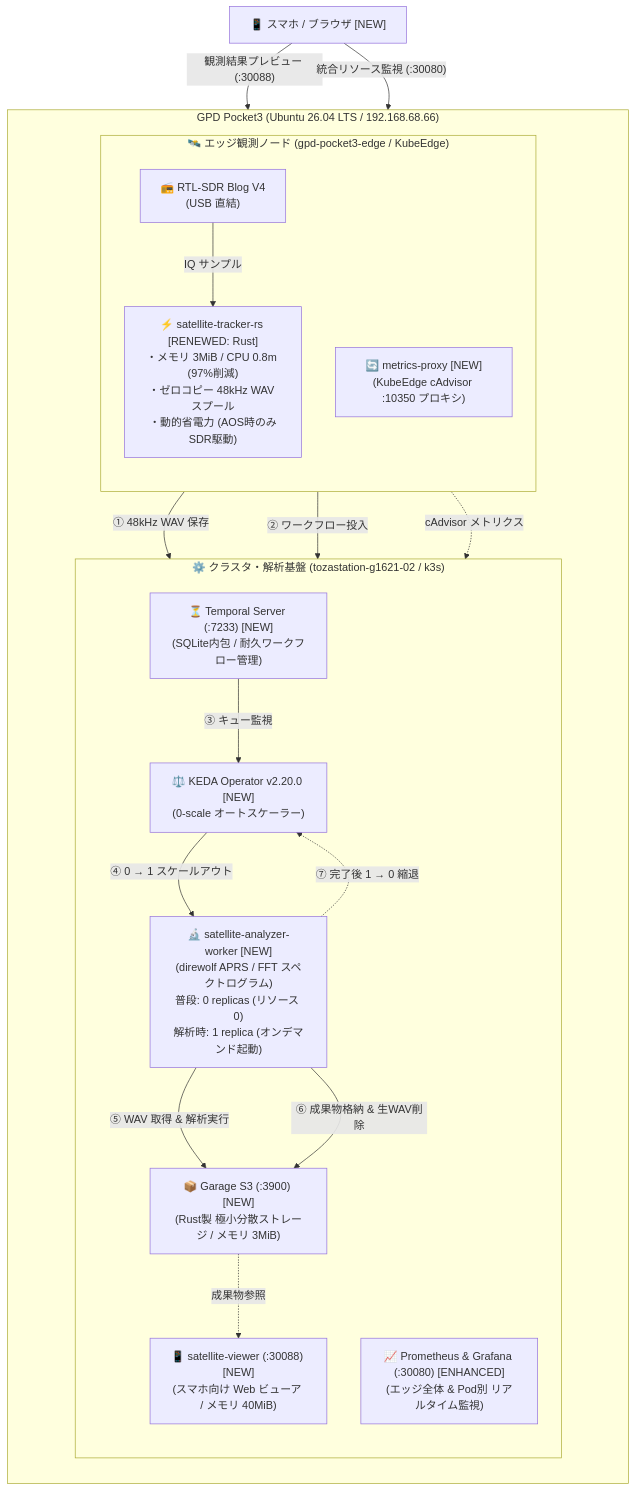
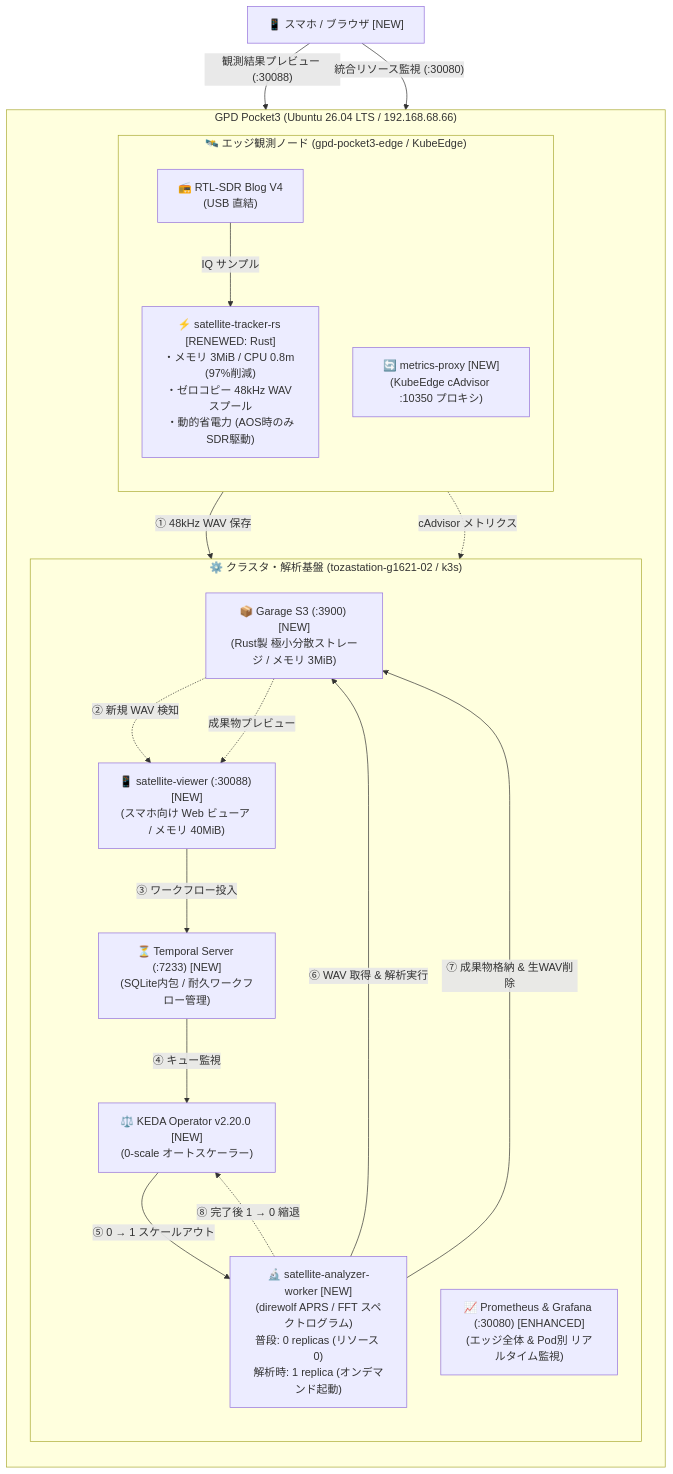
Before and after one commit to tozastation/radio-astronomy: the second of 2 diagrams in docs/articles/qiita_kubeedge_pipeline.md, drawn with Mermaid. The commit also changed other lines of this file, not shown here.

Commit message:
docs: Qiita第三弾記事の構成図とS3境界の疎結合設計意図を更新

````diff
--- a/docs/articles/qiita_kubeedge_pipeline.md
+++ b/docs/articles/qiita_kubeedge_pipeline.md
@@ -94,41 +94,42 @@
 ```mermaid
 flowchart TB
     subgraph Host["GPD Pocket3 (Ubuntu 26.04 LTS / 192.168.68.66)"]
         direction TB
 
         subgraph EdgeSide["🛰️ エッジ観測ノード (gpd-pocket3-edge / KubeEdge)"]
             direction TB
             RTLSDR["📻 RTL-SDR Blog V4<br/>(USB 直結)"]
             TrackerNew["⚡ satellite-tracker-rs [RENEWED: Rust]<br/>・メモリ 3MiB / CPU 0.8m (97%削減)<br/>・ゼロコピー 48kHz WAV スプール<br/>・動的省電力 (AOS時のみSDR駆動)"]
             Proxy["🔄 metrics-proxy [NEW]<br/>(KubeEdge cAdvisor :10350 プロキシ)"]
 
             RTLSDR -->|"IQ サンプル"| TrackerNew
         end
 
         subgraph CloudSide["⚙️ クラスタ・解析基盤 (tozastation-g1621-02 / k3s)"]
             direction TB
             Garage["📦 Garage S3 (:3900) [NEW]<br/>(Rust製 極小分散ストレージ / メモリ 3MiB)"]
             Temporal["⏳ Temporal Server (:7233) [NEW]<br/>(SQLite内包 / 耐久ワークフロー管理)"]
             KEDA["⚖️ KEDA Operator v2.20.0 [NEW]<br/>(0-scale オートスケーラー)"]
             Worker["🔬 satellite-analyzer-worker [NEW]<br/>(direwolf APRS / FFT スペクトログラム)<br/>普段: 0 replicas (リソース 0)<br/>解析時: 1 replica (オンデマンド起動)"]
             Viewer["📱 satellite-viewer (:30088) [NEW]<br/>(スマホ向け Web ビューア / メモリ 40MiB)"]
 
             Prometheus["📈 Prometheus & Grafana (:30080) [ENHANCED]<br/>(エッジ全体 & Pod別 リアルタイム監視)"]
 
             TrackerNew -->|"① 48kHz WAV 保存"| Garage
-            TrackerNew -->|"② ワークフロー投入"| Temporal
-            Temporal -->|"③ キュー監視"| KEDA
-            KEDA -->|"④ 0 → 1 スケールアウト"| Worker
-            Worker -->|"⑤ WAV 取得 & 解析実行"| Garage
-            Worker -->|"⑥ 成果物格納 & 生WAV削除"| Garage
-            Worker -.->|"⑦ 完了後 1 → 0 縮退"| KEDA
+            Garage -.->|"② 新規 WAV 検知"| Viewer
+            Viewer -->|"③ ワークフロー投入"| Temporal
+            Temporal -->|"④ キュー監視"| KEDA
+            KEDA -->|"⑤ 0 → 1 スケールアウト"| Worker
+            Worker -->|"⑥ WAV 取得 & 解析実行"| Garage
+            Worker -->|"⑦ 成果物格納 & 生WAV削除"| Garage
+            Worker -.->|"⑧ 完了後 1 → 0 縮退"| KEDA
 
             Proxy -.->|"cAdvisor メトリクス"| Prometheus
-            Garage -.->|"成果物参照"| Viewer
+            Garage -.->|"成果物プレビュー"| Viewer
         end
     end
 
     UserPhone["📱 スマホ / ブラウザ [NEW]"]
     UserPhone -->|"観測結果プレビュー (:30088)"| Viewer
     UserPhone -->|"統合リソース監視 (:30080)"| Prometheus
 ```
````
